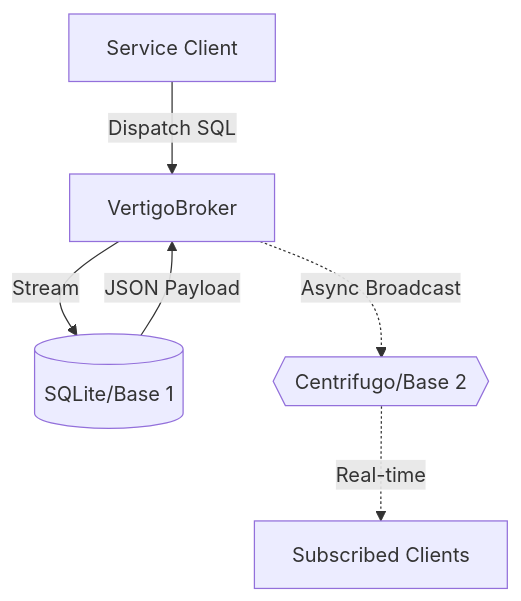
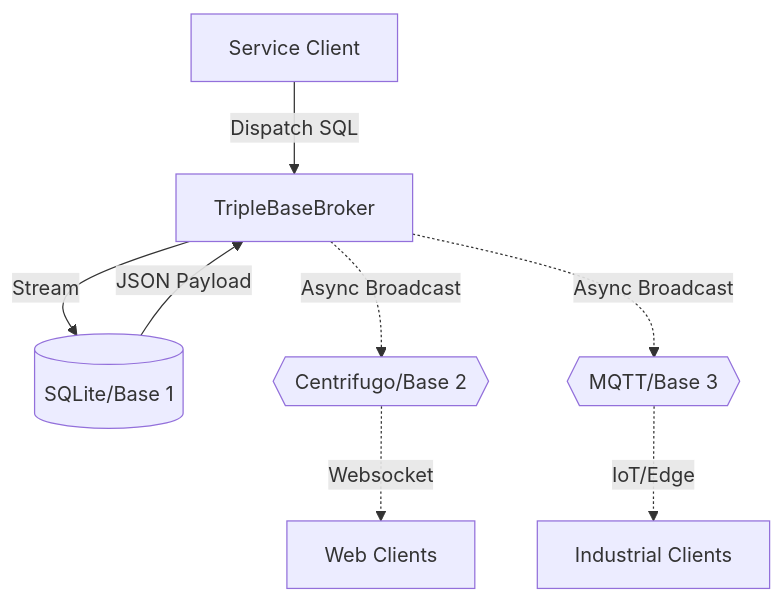
Before and after one commit to adipresto/go_vertigo: the diagram in readme.md, drawn with Mermaid. The commit also changed other lines of this file and 14 other files, not shown here.

Commit message:
feat: upgrade to Triple Base Architecture with MQTT support and enhanced REST BDD tests

````diff
--- a/readme.md
+++ b/readme.md
@@ -23,8 +23,10 @@
 ```mermaid
 graph TD
-    Client[Service Client] -->|Dispatch SQL| Facade[VertigoBroker]
+    Client[Service Client] -->|Dispatch SQL| Facade[TripleBaseBroker]
     Facade -->|Stream| Base1[(SQLite/Base 1)]
     Base1 -->|JSON Payload| Facade
     Facade -.->|Async Broadcast| Base2{{Centrifugo/Base 2}}
-    Base2 -.->|Real-time| Subs[Subscribed Clients]
+    Facade -.->|Async Broadcast| Base3{{MQTT/Base 3}}
+    Base2 -.->|Websocket| Subs1[Web Clients]
+    Base3 -.->|IoT/Edge| Subs2[Industrial Clients]
 ```
````
